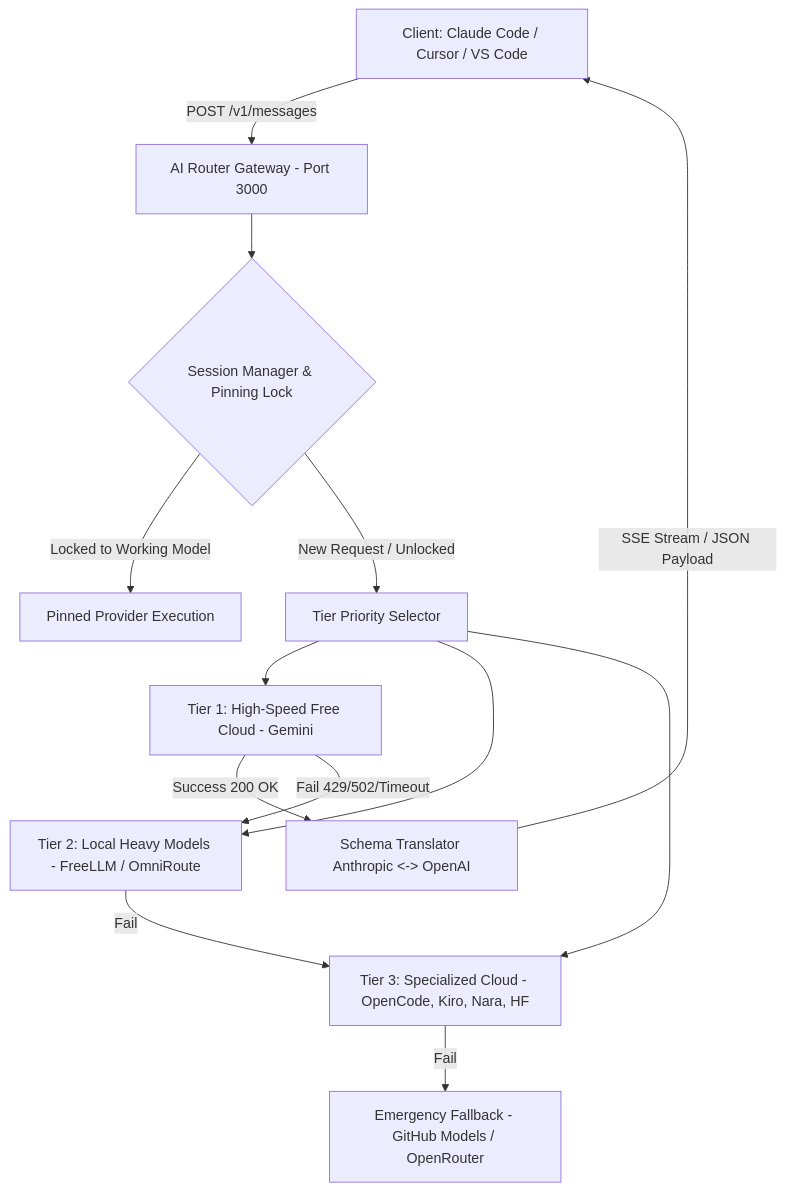
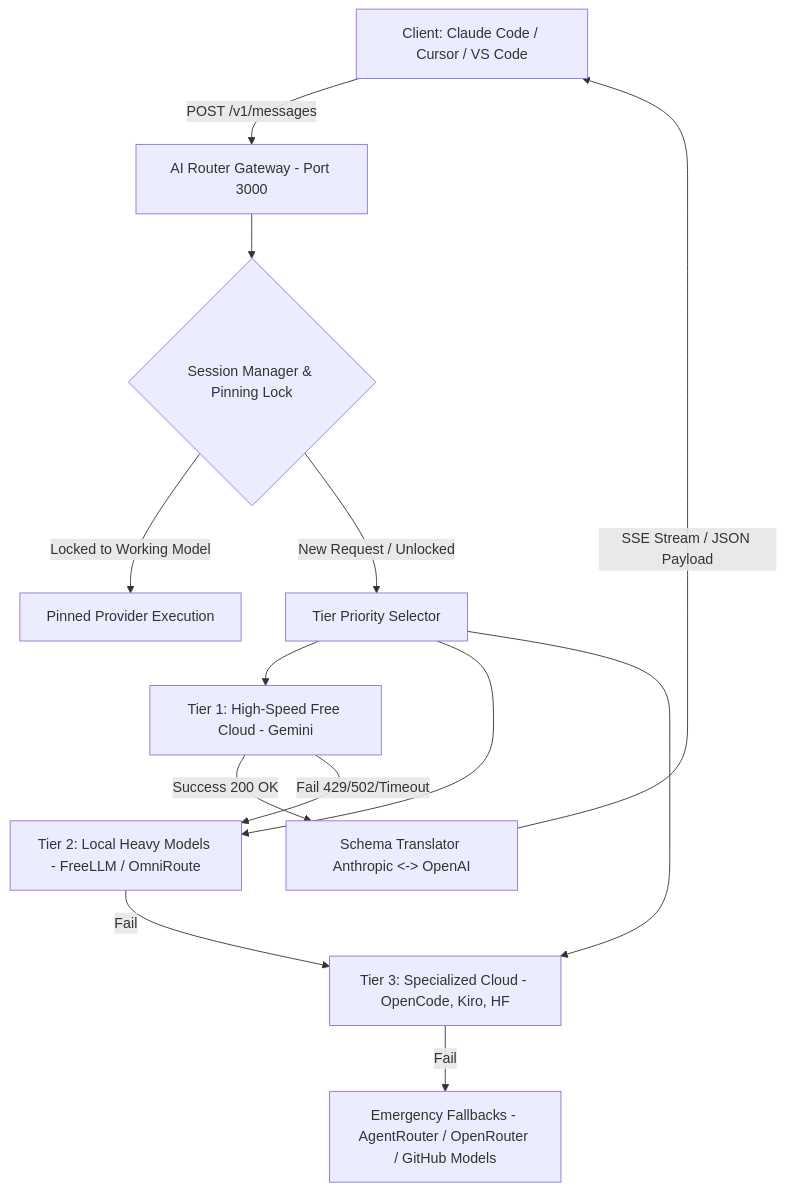
The diagram in COLLEGE_PROJECT_REPORT_10_PAGES.md (DeepakPatel03/ai-router), drawn with Mermaid before and after one commit. The commit also changed 4 other files, not shown here.

Commit message:
feat: reorder fallbacks (AgentRouter, OpenRouter, GitHub) and remove Nara Router

````diff
--- a/COLLEGE_PROJECT_REPORT_10_PAGES.md
+++ b/COLLEGE_PROJECT_REPORT_10_PAGES.md
@@ -51,18 +51,18 @@
 ```mermaid
 graph TD
     A[Client: Claude Code / Cursor / VS Code] -->|POST /v1/messages| B[AI Router Gateway - Port 3000]
     B --> C{Session Manager & Pinning Lock}
     C -->|Locked to Working Model| D[Pinned Provider Execution]
     C -->|New Request / Unlocked| E[Tier Priority Selector]
     
     E --> F[Tier 1: High-Speed Free Cloud - Gemini]
     E --> G[Tier 2: Local Heavy Models - FreeLLM / OmniRoute]
-    E --> H[Tier 3: Specialized Cloud - OpenCode, Kiro, Nara, HF]
+    E --> H[Tier 3: Specialized Cloud - OpenCode, Kiro, HF]
     
     F -->|Success 200 OK| I[Schema Translator Anthropic <-> OpenAI]
     F -->|Fail 429/502/Timeout| G
     G -->|Fail| H
-    H -->|Fail| J[Emergency Fallback - GitHub Models / OpenRouter]
+    H -->|Fail| J[Emergency Fallbacks - AgentRouter / OpenRouter / GitHub Models]
     
     I -->|SSE Stream / JSON Payload| A
 ```
````
